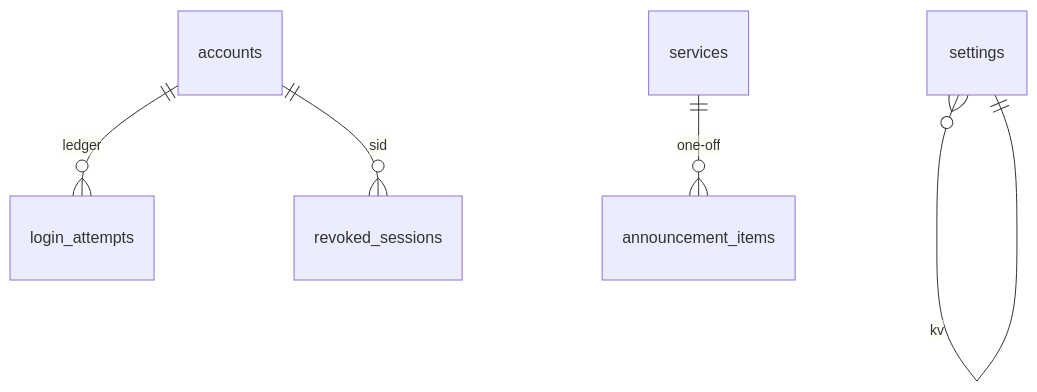
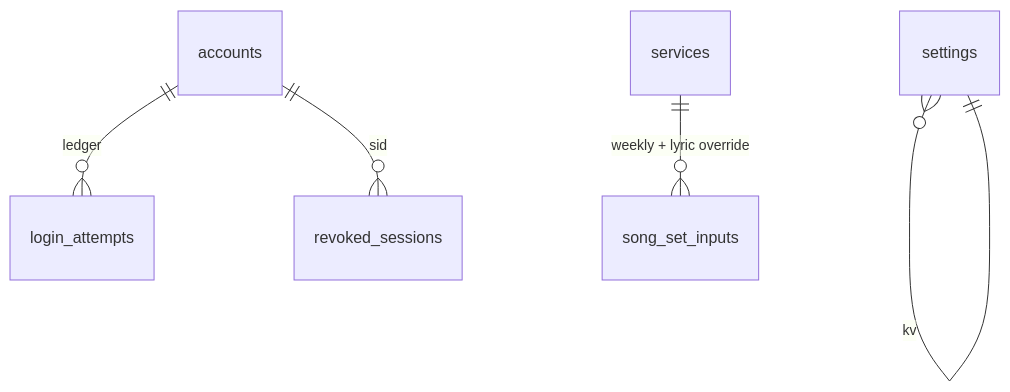
Before and after one commit to wiradigitalid/worship-presenter-web: the diagram in .how/hub/05-model/data-model.md, drawn with Mermaid. The commit also changed other lines of this file and 83 other files, not shown here.

````diff
--- a/.how/hub/05-model/data-model.md
+++ b/.how/hub/05-model/data-model.md
@@ -13,7 +14,7 @@
 ```mermaid
 erDiagram
   accounts ||--o{ login_attempts : "ledger"
   accounts ||--o{ revoked_sessions : "sid"
-  services ||--o{ announcement_items : "one-off"
+  services ||--o{ song_set_inputs : "weekly + lyric override"
   settings }o--|| settings : "kv"
 ```
````
